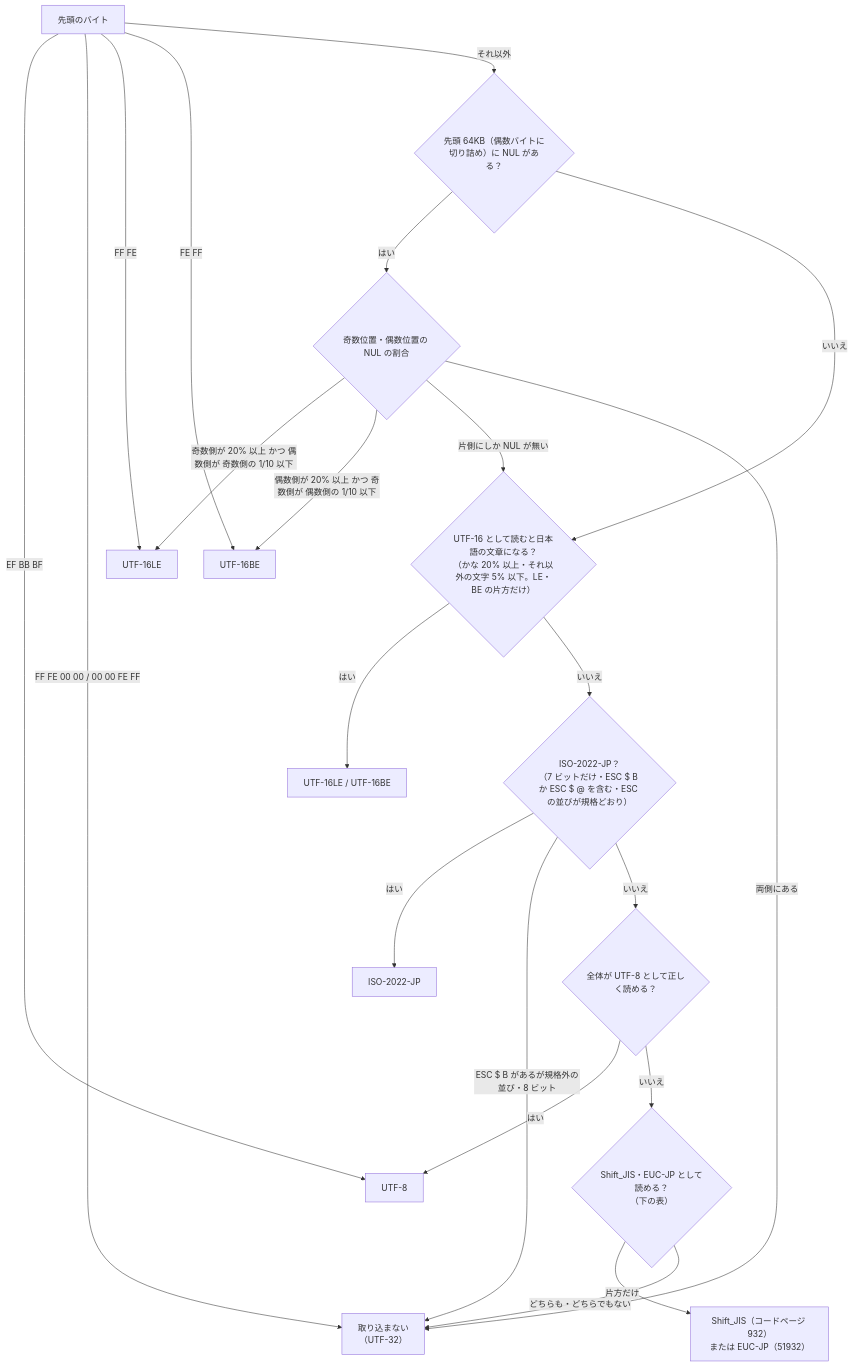
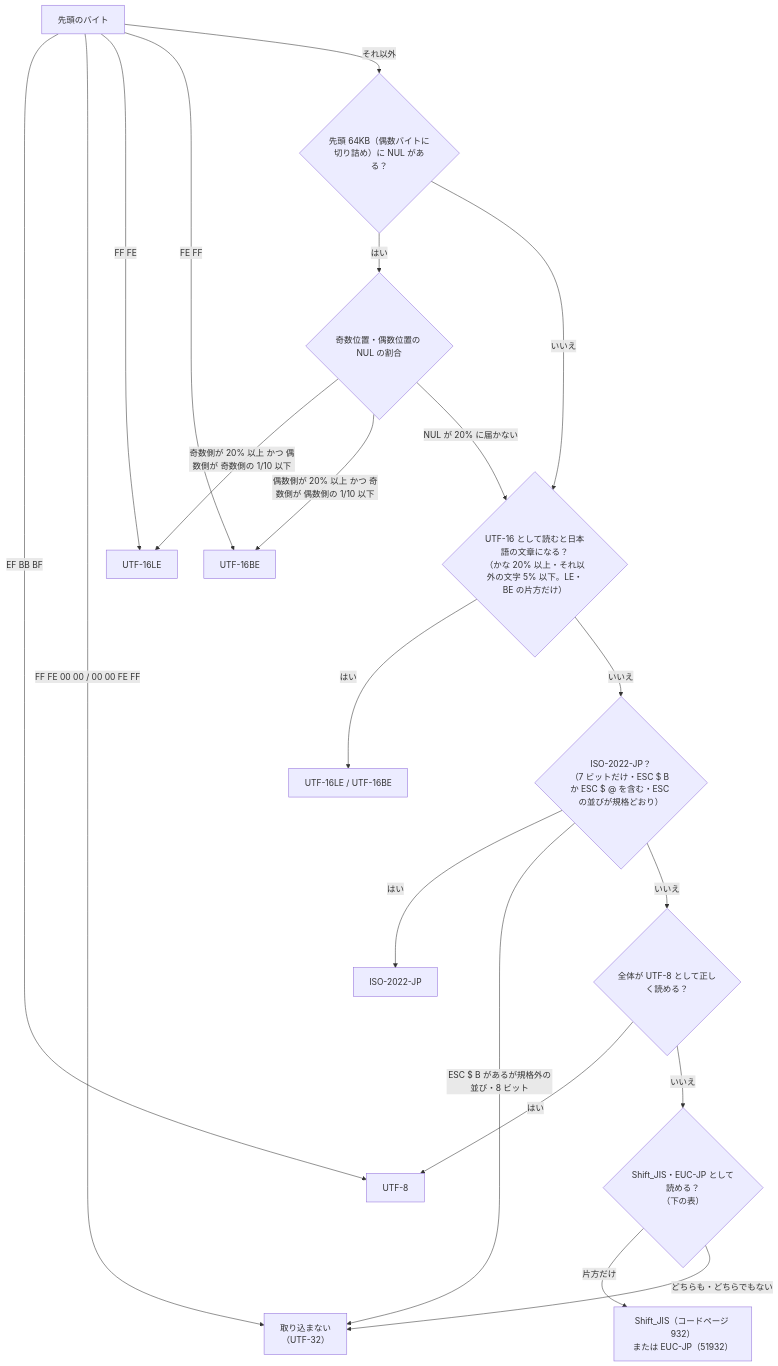
One commit to hsgwa/tebunko changed the diagram in docs/design/indexing/text.md. Above: the diagram before and after it, drawn with Mermaid. The commit also changed other lines of this file and 3 other files, not shown here.

````diff
--- a/docs/design/indexing/text.md
+++ b/docs/design/indexing/text.md
@@ -19,23 +19,22 @@
 ```mermaid
 flowchart TD
     A["先頭のバイト"] -->|"EF BB BF"| U8["UTF-8"]
     A -->|"FF FE 00 00 / 00 00 FE FF"| BIN["取り込まない<br>（UTF-32）"]
     A -->|"FF FE"| L16["UTF-16LE"]
     A -->|"FE FF"| B16["UTF-16BE"]
     A -->|"それ以外"| N{"先頭 64KB（偶数バイトに切り詰め）に NUL がある？"}
     N -- はい --> S{"奇数位置・偶数位置の NUL の割合"}
     S -->|"奇数側が 20% 以上 かつ 偶数側が 奇数側の 1/10 以下"| L16
     S -->|"偶数側が 20% 以上 かつ 奇数側が 偶数側の 1/10 以下"| B16
-    S -->|"片側にしか NUL が無い"| J
-    S -->|"両側にある"| BIN
+    S -->|"NUL が 20% に届かない"| J
     N -- いいえ --> J{"UTF-16 として読むと日本語の文章になる？<br>（かな 20% 以上・それ以外の文字 5% 以下。LE・BE の片方だけ）"}
     J -- はい --> JU["UTF-16LE / UTF-16BE"]
     J -- いいえ --> I{"ISO-2022-JP？<br>（7 ビットだけ・ESC $ B か ESC $ @ を含む・ESC の並びが規格どおり）"}
     I -- はい --> IJ["ISO-2022-JP"]
     I -- "ESC $ B があるが規格外の並び・8 ビット" --> BIN
     I -- いいえ --> D{"全体が UTF-8 として正しく読める？"}
     D -- はい --> U8
     D -- いいえ --> L{"Shift_JIS・EUC-JP として読める？<br>（下の表）"}
     L -->|"片方だけ"| LJ["Shift_JIS（コードページ 932）<br>または EUC-JP（51932）"]
     L -->|"どちらも・どちらでもない"| BIN
 ```
````
